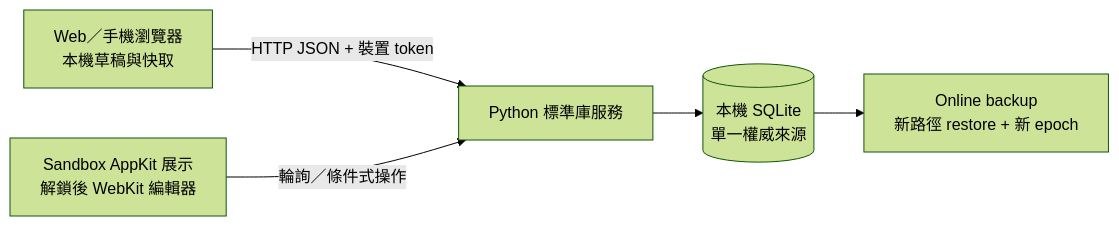
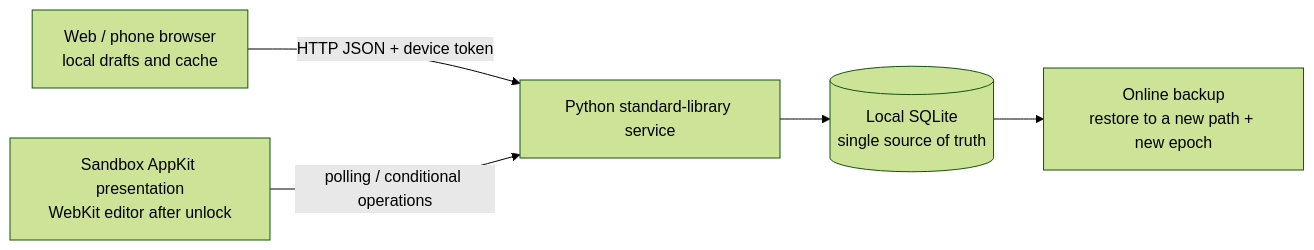
Before and after one commit to sammykenny2/desktop-work-fleet: the second of 2 diagrams in docs/architecture.md, drawn with Mermaid (forest theme). The commit also changed other lines of this file and 130 other files, not shown here.

````diff
--- a/docs/architecture.md
+++ b/docs/architecture.md
@@ -121,7 +167,7 @@
 ```mermaid
 flowchart LR
-  W[Web／手機瀏覽器\n本機草稿與快取] -->|HTTP JSON + 裝置 token| S[Python 標準庫服務]
-  M[Sandbox AppKit 展示\n解鎖後 WebKit 編輯器] -->|輪詢／條件式操作| S
-  S --> D[(本機 SQLite\n單一權威來源)]
-  D --> B[Online backup\n新路徑 restore + 新 epoch]
+  W[Web / phone browser\nlocal drafts and cache] -->|HTTP JSON + device token| S[Python standard-library service]
+  M[Sandbox AppKit presentation\nWebKit editor after unlock] -->|polling / conditional operations| S
+  S --> D[(Local SQLite\nsingle source of truth)]
+  D --> B[Online backup\nrestore to a new path + new epoch]
 ```
````
